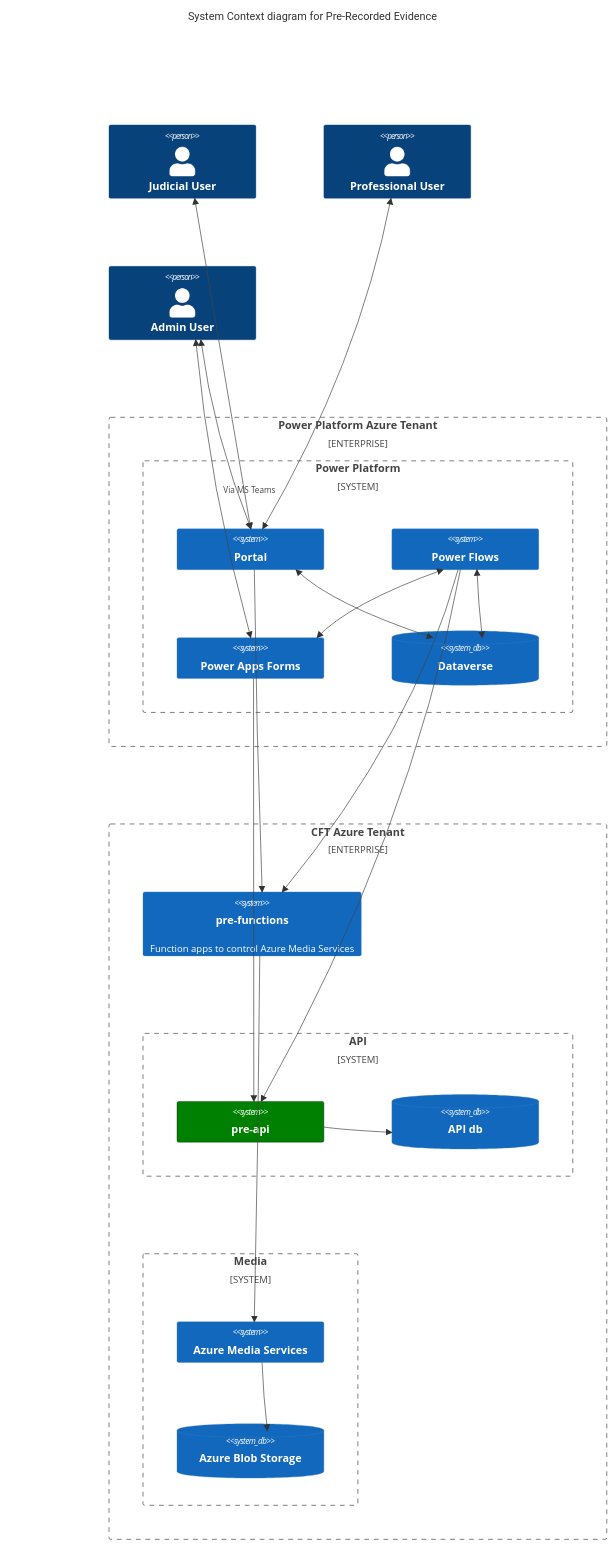
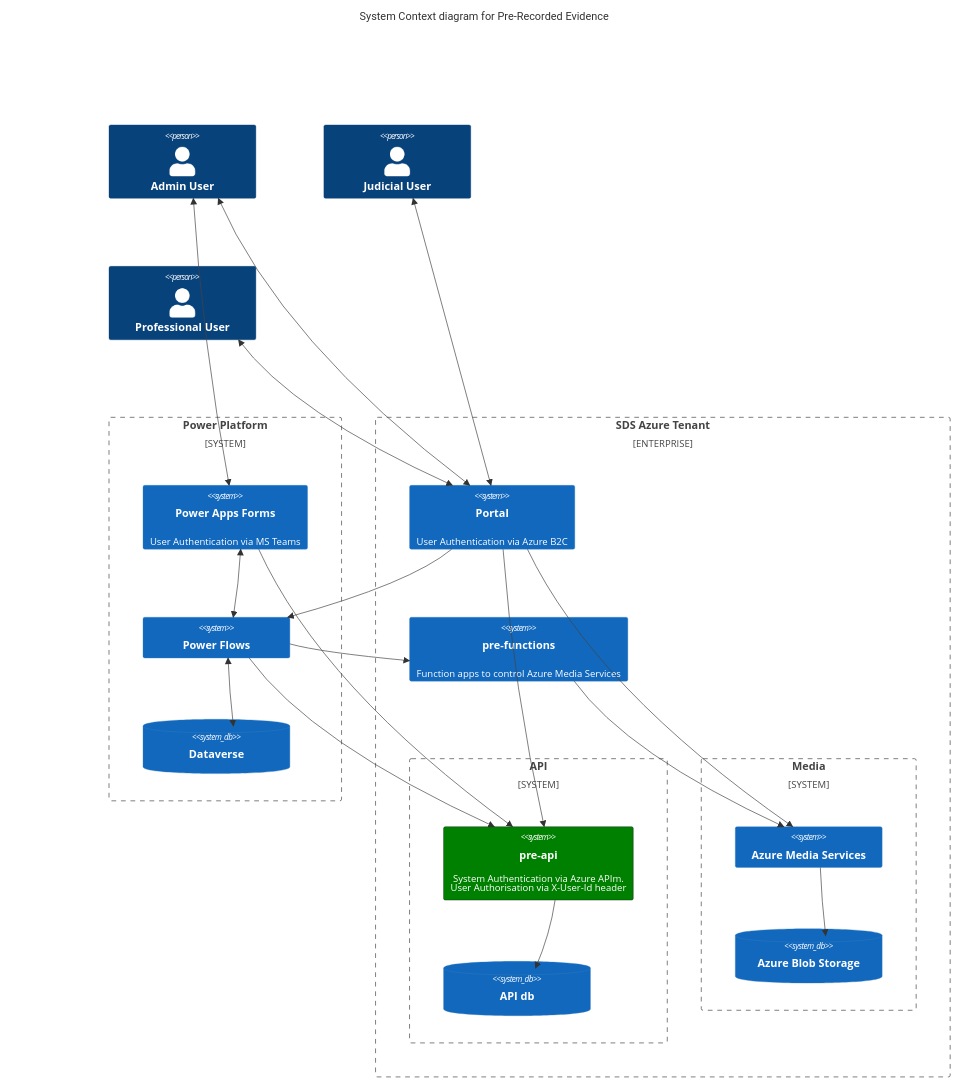
Before and after one commit to hmcts/pre-api: the diagram in README.md, drawn with Mermaid.

Commit message:
Update mermaid diagram in readme

````diff
--- a/README.md
+++ b/README.md
@@ -15,51 +15,51 @@
 ```mermaid
     C4Context
       title System Context diagram for Pre-Recorded Evidence
 
+      Person(adminUser, "Admin User", "")
       Person(judicialUser, "Judicial User", "")
       Person(professionalUser, "Professional User", "")
-      Person(adminUser, "Admin User", "")
 
-      Enterprise_Boundary(a1, "Power Platform Azure Tenant") {
 
-        System_Boundary(PowerPlatform, "Power Platform") {
-            System(Portal, "Portal", "")
-            System(PowerFlows, "Power Flows", "")
-            System(PowerApps, "Power Apps Forms", "")
-            SystemDb(Dataverse, "Dataverse", "")
-        }
+      System_Boundary(PowerPlatform, "Power Platform") {
+        System(PowerApps, "Power Apps Forms", "User Authentication via MS Teams")
+        System(PowerFlows, "Power Flows", "")
+        SystemDb(Dataverse, "Dataverse", "")
       }
 
-      Enterprise_Boundary(a0, "CFT Azure Tenant") {
+      Enterprise_Boundary(a0, "SDS Azure Tenant",) {
+        System(Portal, "Portal", "User Authentication via Azure B2C")
 
         System(function, "pre-functions", "Function apps to control Azure Media Services")
 
         System_Boundary(api, "API") {
-            System(api, "pre-api")
+            System(api, "pre-api", "System Authentication via Azure APIm.<br/>User Authorisation via X-User-Id header")
             SystemDb(db, "API db")
         }
 
         System_Boundary(media, "Media") {
             System(ams, "Azure Media Services")
             SystemDb(blob, "Azure Blob Storage")
         }
 
       }
 
       BiRel(judicialUser, Portal, "")
       BiRel(adminUser, Portal, "")
-      BiRel(adminUser, PowerApps, "Via MS Teams")
+      BiRel(adminUser, PowerApps, "")
       BiRel(professionalUser, Portal, "")
       BiRel(PowerApps, PowerFlows, "")
-      BiRel(Portal, Dataverse, "")
-      Rel(Portal, function, "")
+      Rel(Portal, PowerFlows, "")
+      Rel(Portal, ams, "")
+      Rel(Portal, api, "")
       BiRel(PowerFlows, Dataverse, "")
       Rel(PowerApps, api, "")
       Rel(PowerFlows, api, "")
       Rel(PowerFlows, function, "")
       Rel(api, db, "")
       Rel(ams, blob, "")
       Rel(function, ams, "")
       UpdateElementStyle(api,  $bgColor="green", $borderColor="black")
+      UpdateElementStyle(PowerPlatform)
       UpdateLayoutConfig($c4ShapeInRow="3", $c4BoundaryInRow="1")
 ```
````
